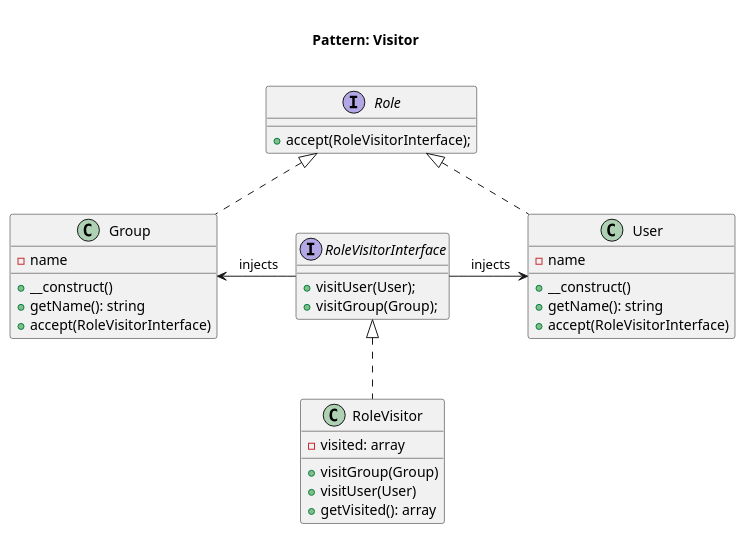
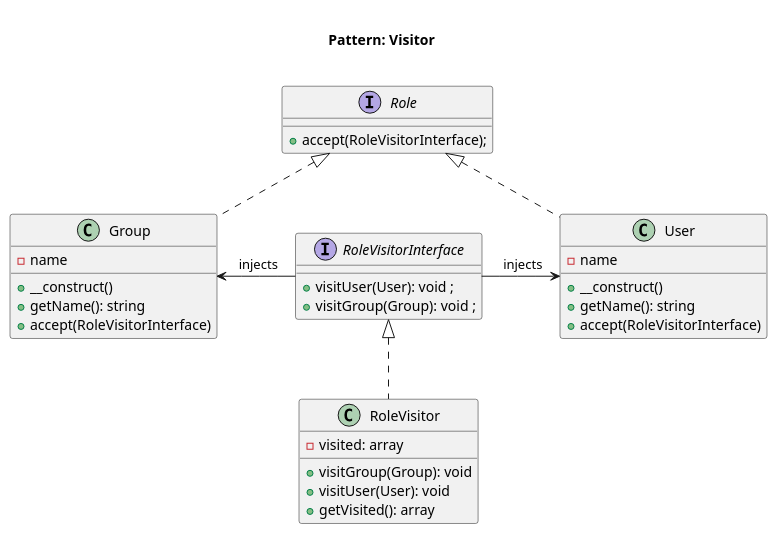
The diagram in patterns/behavioral/visitor/domnikl/diagram.pu (rosselli/design-patterns-implemented.concepts), drawn with PlantUML before and after one commit. The commit also changed 8 other files, not shown here.

```diff
--- a/patterns/behavioral/visitor/domnikl/diagram.pu
+++ b/patterns/behavioral/visitor/domnikl/diagram.pu
@@ -1,36 +1,36 @@
 @startuml
 	Title <size:20>\nPattern: Visitor\n
 
     interface Role {
         + accept(RoleVisitorInterface);
     }
 
     interface RoleVisitorInterface {
-        + visitUser(User);
-        + visitGroup(Group);
+        + visitUser(User): void ;
+        + visitGroup(Group): void ;
     }
 
     class Group implements Role {
         - name
         + __construct()
         + getName(): string
         + accept(RoleVisitorInterface)
     }
 
     class User implements Role {
         - name
         + __construct()
         + getName(): string
         + accept(RoleVisitorInterface)
     }
 
     class RoleVisitor implements RoleVisitorInterface{
         - visited: array
-        + visitGroup(Group)
-        + visitUser(User)
+        + visitGroup(Group): void
+        + visitUser(User): void
         + getVisited(): array
     }
 
     RoleVisitorInterface -left-> Group: " injects"
     RoleVisitorInterface -right-> User: " injects"
 @enduml
```
